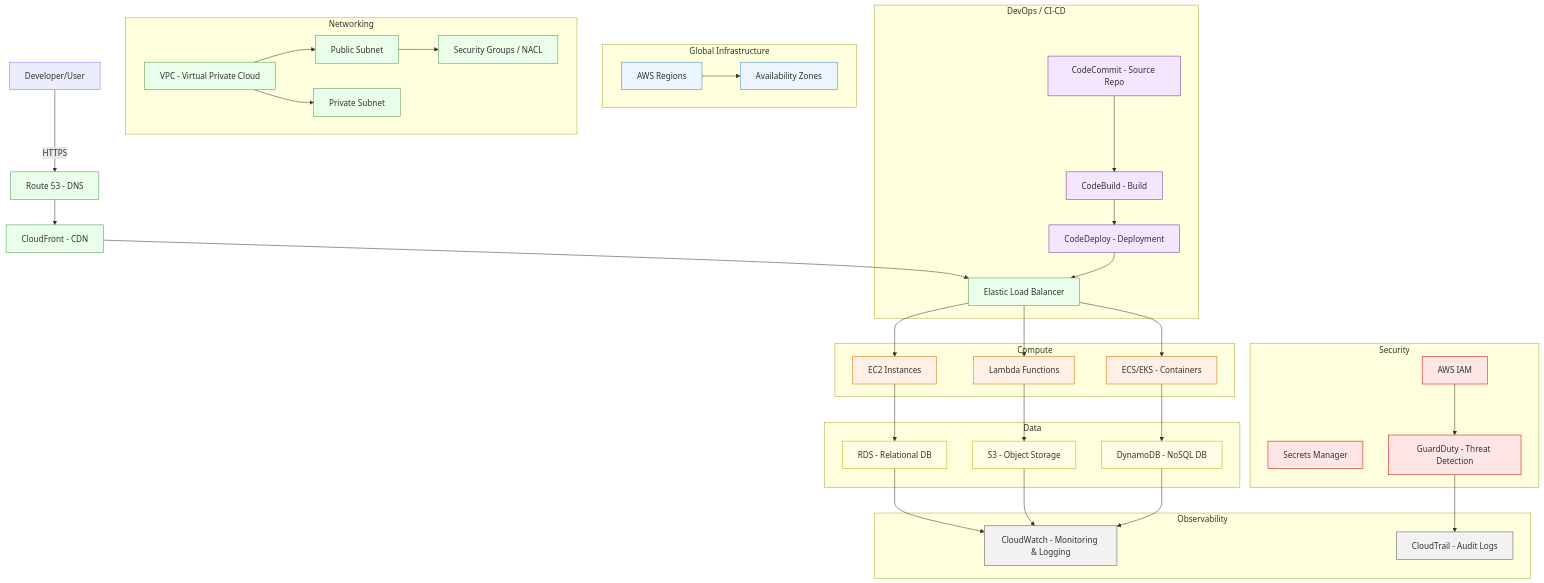
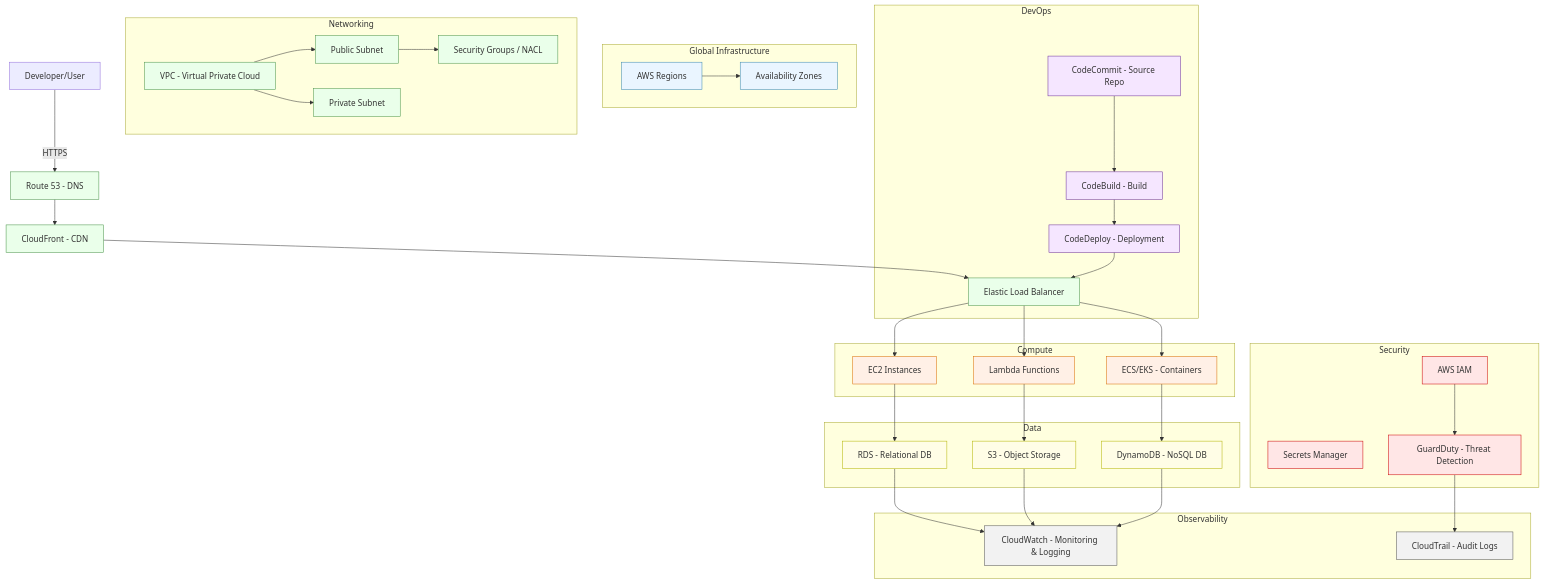
The first of 3 diagrams in docs/aws-gcp-azure.md (cassmastern/lers-sandbox), drawn with Mermaid before and after one commit. The commit also changed other lines of this file and 9 other files, not shown here.

````diff
--- a/docs/aws-gcp-azure.md
+++ b/docs/aws-gcp-azure.md
@@ -36,21 +40,27 @@
 ```mermaid
 graph TD
     %% GLOBAL INFRASTRUCTURE
-    subgraph Global Infrastructure
-        J1[AWS Regions]:::global --> J2[Availability Zones]:::global
+    subgraph GlobalInfra["Global Infrastructure"]
+        J1[AWS Regions]:::global
+        J2[Availability Zones]:::global
+        J1 --> J2
     end
+
+    %% USER ENTRY
+    User[Developer/User] -->|HTTPS| Route53[Route 53 - DNS]:::net
+    Route53 --> CloudFront[CloudFront - CDN]:::net
+    CloudFront --> ELB[Elastic Load Balancer]:::net
 
     %% NETWORKING
     subgraph Networking
-        VPC[VPC - Virtual Private Cloud]:::net --> Subnet1[Public Subnet]:::net
-        VPC --> Subnet2[Private Subnet]:::net
-        Subnet1 --> NACL[Security Groups / NACL]:::net
+        VPC[VPC - Virtual Private Cloud]:::net
+        Subnet1[Public Subnet]:::net
+        Subnet2[Private Subnet]:::net
+        NACL[Security Groups / NACL]:::net
+        VPC --> Subnet1
+        VPC --> Subnet2
+        Subnet1 --> NACL
     end
-
-    %% ENTRY FLOW
-    User[Developer/User] -->|HTTPS| Route53[Route 53 - DNS]:::net
-    Route53 --> CloudFront[CloudFront - CDN]:::net
-    CloudFront --> ELB[Elastic Load Balancer]:::net
 
     %% COMPUTE
     subgraph Compute
@@ -58,6 +68,7 @@
         ECS[ECS/EKS - Containers]:::compute
         Lambda[Lambda Functions]:::compute
     end
+
     ELB --> EC2
     ELB --> ECS
     ELB --> Lambda
@@ -68,14 +79,18 @@
         DynamoDB[DynamoDB - NoSQL DB]:::data
         S3[S3 - Object Storage]:::data
     end
+
     EC2 --> RDS
     ECS --> DynamoDB
     Lambda --> S3
 
     %% DEVOPS
-    subgraph DevOps / CI-CD
-        CodeCommit[CodeCommit - Source Repo]:::devops --> CodeBuild[CodeBuild - Build]:::devops
-        CodeBuild --> CodeDeploy[CodeDeploy - Deployment]:::devops
+    subgraph DevOps
+        CodeCommit[CodeCommit - Source Repo]:::devops
+        CodeBuild[CodeBuild - Build]:::devops
+        CodeDeploy[CodeDeploy - Deployment]:::devops
+        CodeCommit --> CodeBuild
+        CodeBuild --> CodeDeploy
         CodeDeploy --> ELB
     end
 
@@ -92,6 +107,7 @@
         CloudTrail[CloudTrail - Audit Logs]:::obs
     end
 
+    %% CONNECTIONS TO MONITORING
     RDS --> CloudWatch
     S3 --> CloudWatch
     DynamoDB --> CloudWatch
@@ -99,11 +115,11 @@
     GuardDuty --> CloudTrail
 
     %% STYLES
-    classDef global fill:#eaf5ff,stroke:#3a87ad;
-    classDef net fill:#eaffea,stroke:#4a934a;
-    classDef compute fill:#fff0e6,stroke:#d96c00;
-    classDef data fill:#fffde6,stroke:#b3b300;
-    classDef devops fill:#f5e6ff,stroke:#6b2f99;
-    classDef sec fill:#ffe6e6,stroke:#cc0000;
-    classDef obs fill:#f2f2f2,stroke:#555;
+    classDef global fill:#eaf5ff,stroke:#3a87ad
+    classDef net fill:#eaffea,stroke:#4a934a
+    classDef compute fill:#fff0e6,stroke:#d96c00
+    classDef data fill:#fffde6,stroke:#b3b300
+    classDef devops fill:#f5e6ff,stroke:#6b2f99
+    classDef sec fill:#ffe6e6,stroke:#cc0000
+    classDef obs fill:#f2f2f2,stroke:#555
 ```
````
